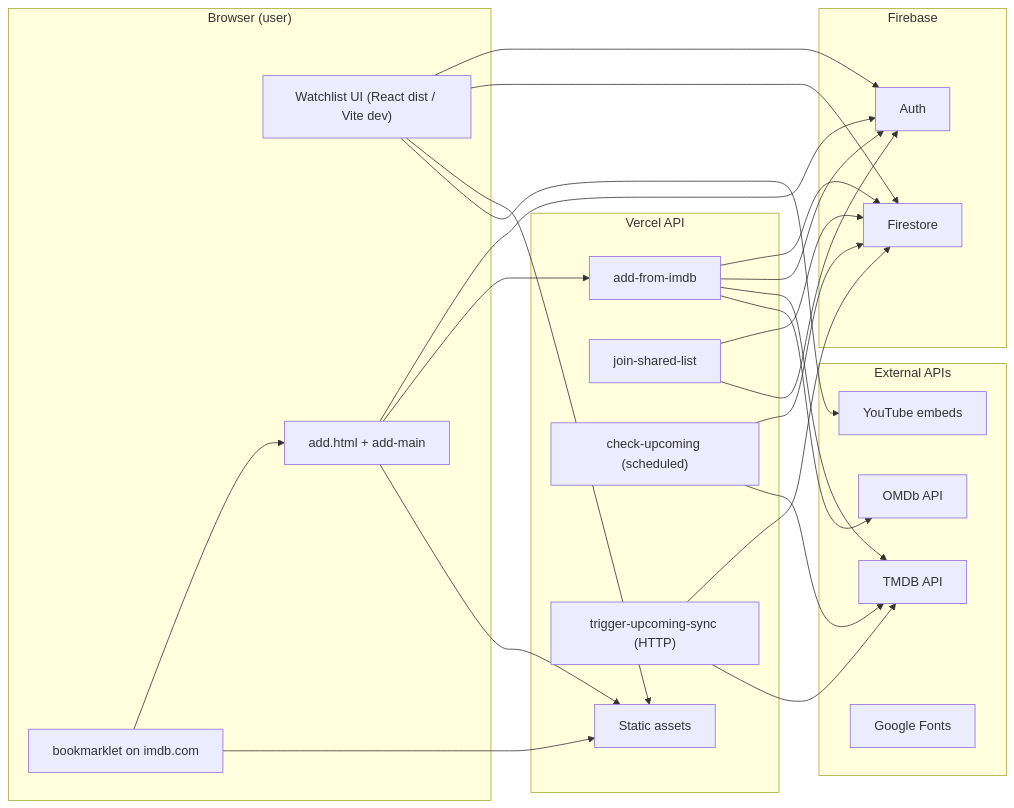
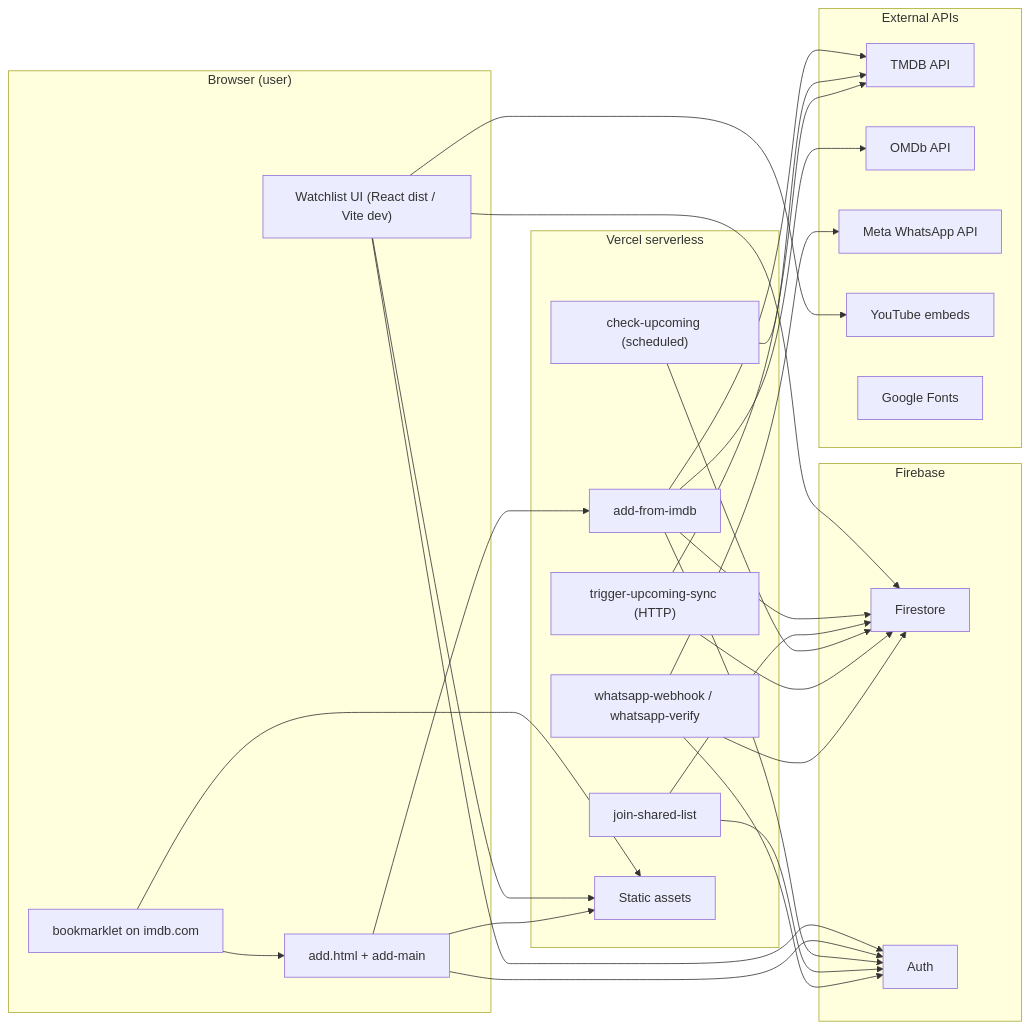
The first of 5 diagrams in system-design.md (maulbogat/watchlist-app), drawn with Mermaid before and after one commit. The commit also changed other lines of this file and 5 other files, not shown here.

````diff
--- a/system-design.md
+++ b/system-design.md
@@ -311,50 +352,55 @@
 ```mermaid
 flowchart LR
   subgraph Browser["Browser (user)"]
     SPA["Watchlist UI (React dist / Vite dev)"]
     ADD["add.html + add-main"]
     BM["bookmarklet on imdb.com"]
   end
 
-  subgraph Netlify["Vercel API"]
+  subgraph VercelAPI["Vercel serverless"]
     NF1["add-from-imdb"]
     NF2["join-shared-list"]
     NF3["check-upcoming (scheduled)"]
     NF4["trigger-upcoming-sync (HTTP)"]
+    NF5["whatsapp-webhook / whatsapp-verify"]
     Static["Static assets"]
   end
 
   subgraph Firebase["Firebase"]
     FS["Firestore"]
     FA["Auth"]
   end
 
   subgraph External["External APIs"]
     TMDB["TMDB API"]
     OMDb["OMDb API"]
+    WA["Meta WhatsApp API"]
     YT["YouTube embeds"]
     GFonts["Google Fonts"]
   end
 
   SPA --> FA
   SPA --> FS
   ADD --> FA
   ADD --> NF1
   BM --> ADD
   BM --> Static
   SPA --> Static
   ADD --> Static
 
   NF1 --> FS
   NF1 --> FA
   NF1 --> TMDB
   NF1 --> OMDb
   NF2 --> FS
   NF2 --> FA
   NF3 --> FS
   NF3 --> TMDB
   NF4 --> FS
   NF4 --> TMDB
+  NF5 --> FS
+  NF5 --> FA
+  NF5 --> WA
 
   SPA --> YT
 ```
````
